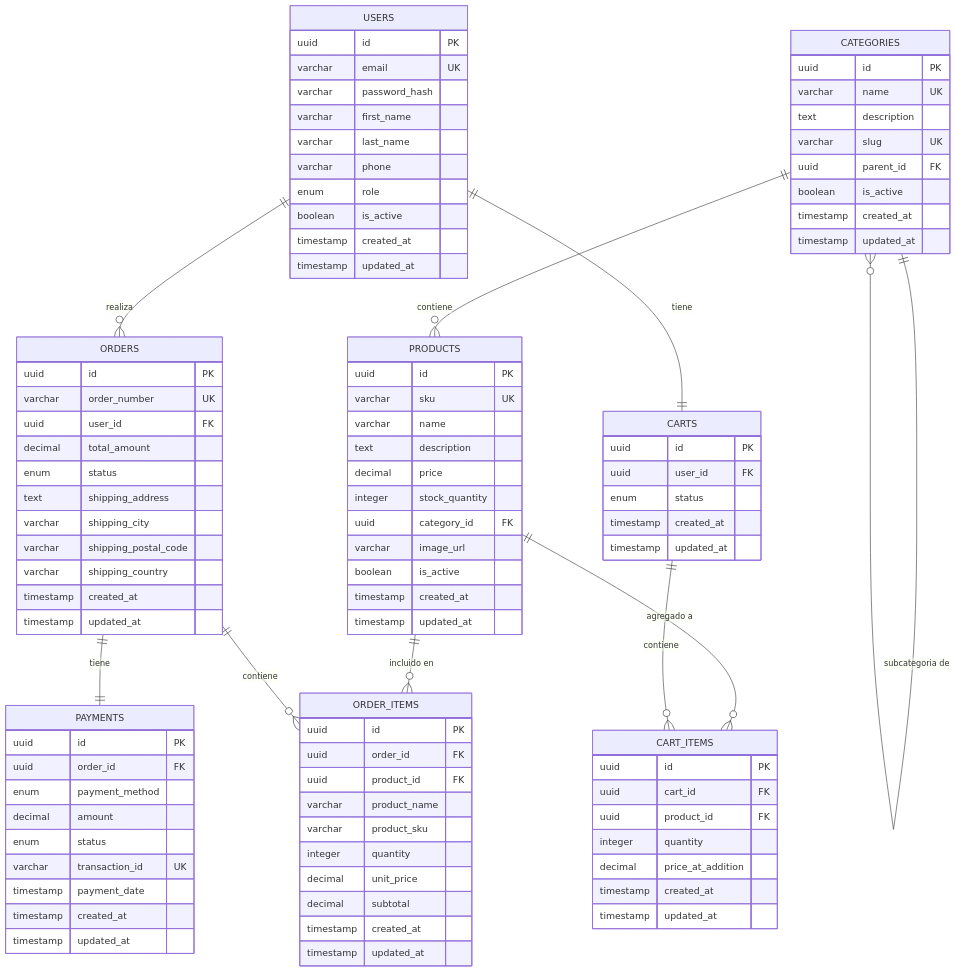
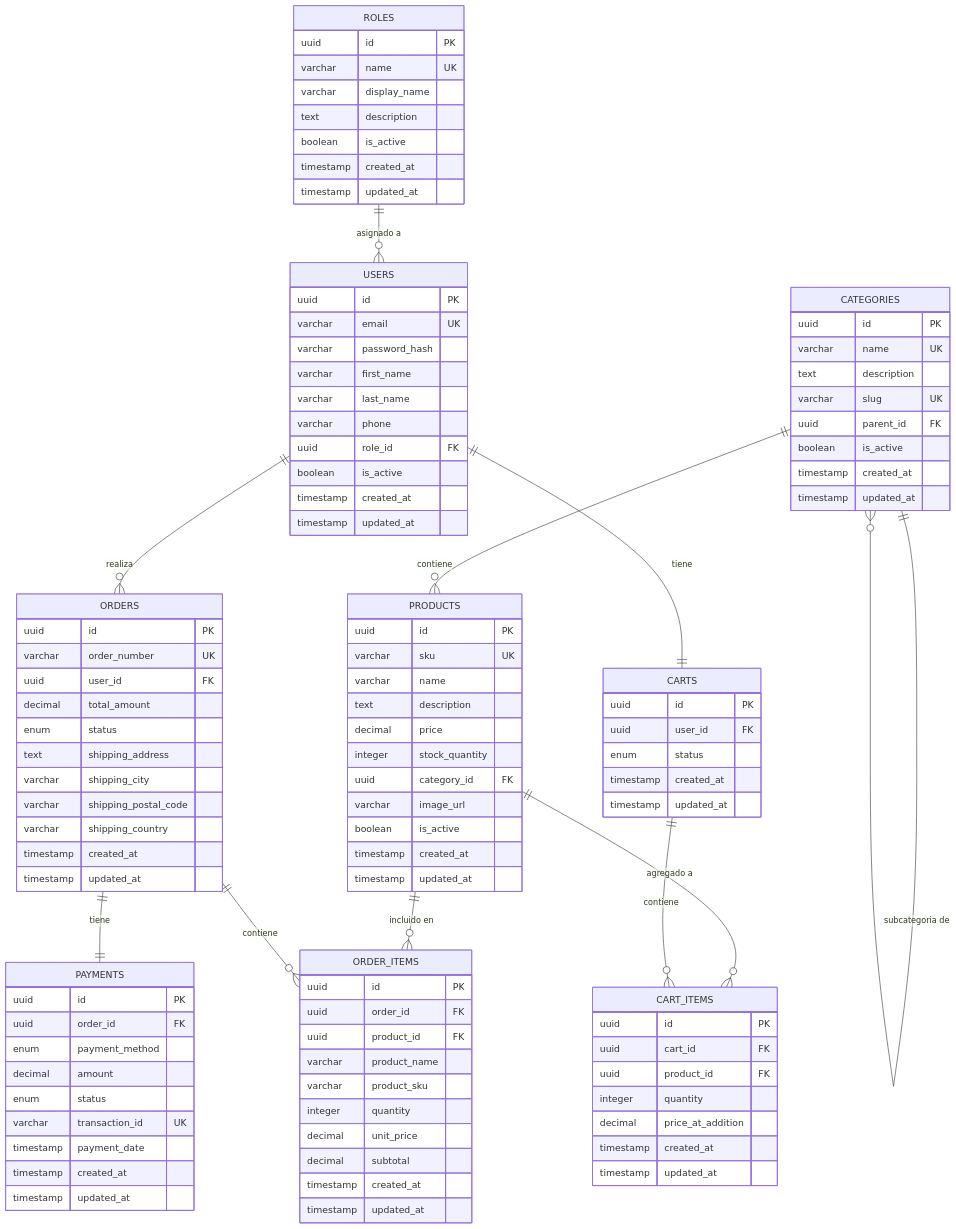
The diagram in DATABASE_ER_DIAGRAM.md (SebastianWilches/DaviStore_API), drawn with Mermaid before and after one commit. The commit also changed other lines of this file and 12 other files, not shown here.

Commit message:
Fix: The role table for users is refactored.

````diff
--- a/DATABASE_ER_DIAGRAM.md
+++ b/DATABASE_ER_DIAGRAM.md
@@ -5,5 +7,6 @@
 ```mermaid
 erDiagram
+    ROLES ||--o{ USERS : "asignado a"
     USERS ||--o{ ORDERS : "realiza"
     USERS ||--|| CARTS : "tiene"
     
@@ -18,6 +21,16 @@
     ORDERS ||--o{ ORDER_ITEMS : "contiene"
     ORDERS ||--|| PAYMENTS : "tiene"
     
+    ROLES {
+        uuid id PK
+        varchar name UK
+        varchar display_name
+        text description
+        boolean is_active
+        timestamp created_at
+        timestamp updated_at
+    }
+    
     USERS {
         uuid id PK
         varchar email UK
@@ -25,7 +38,7 @@
         varchar first_name
         varchar last_name
         varchar phone
-        enum role
+        uuid role_id FK
         boolean is_active
         timestamp created_at
         timestamp updated_at
````
